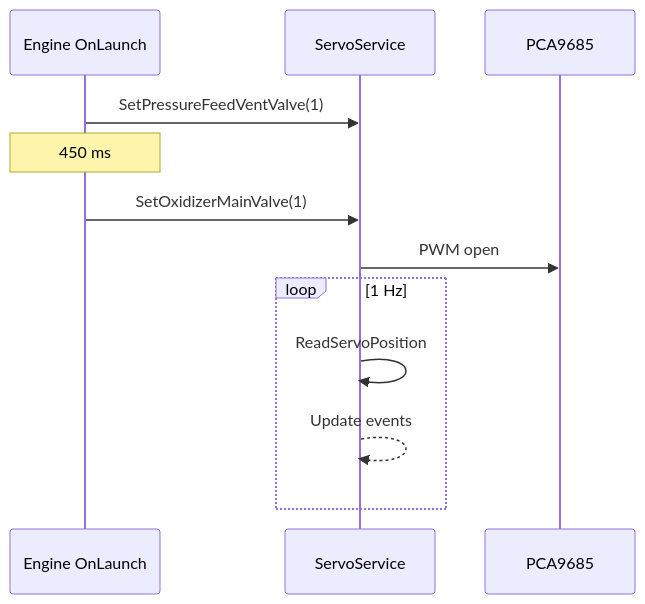
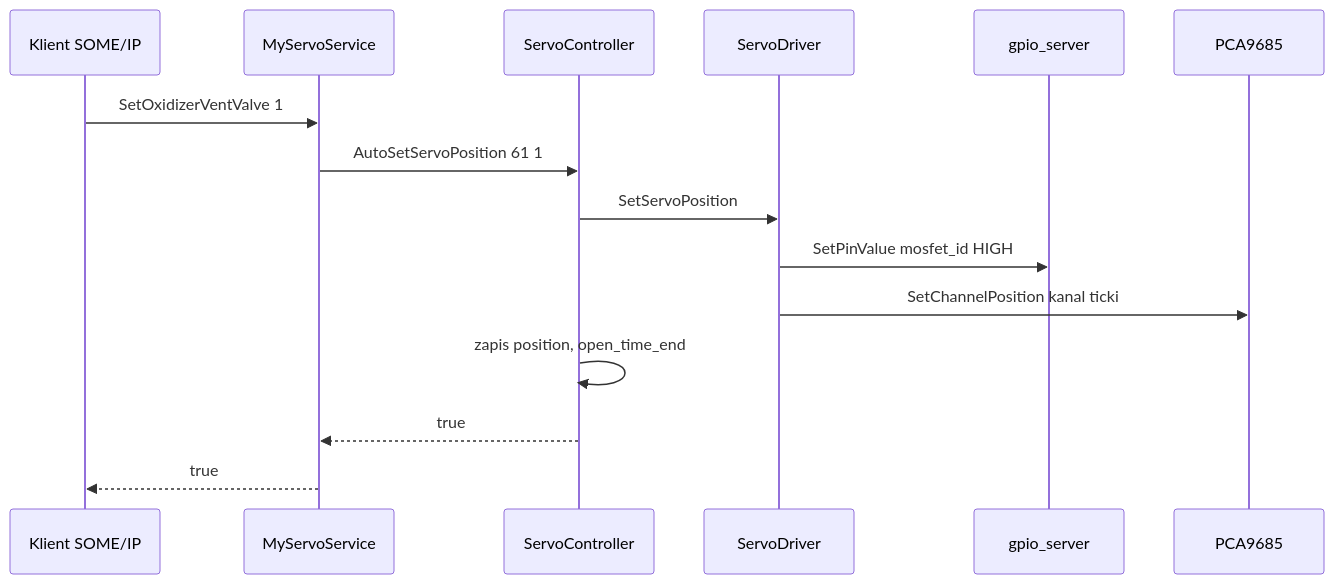
One commit to Simba-Avionic/srp changed the second of 3 diagrams in apps/ec/ServoService/README.md. Above: the diagram before and after it, drawn with Mermaid. The commit also changed other lines of this file, not shown here.

Commit message:
docs(ServoService): extend README

````diff
--- a/apps/ec/ServoService/README.md
+++ b/apps/ec/ServoService/README.md
@@ -42,14 +66,17 @@
 ```mermaid
 sequenceDiagram
-  participant E as Engine OnLaunch
-  participant S as ServoService
-  participant PCA as PCA9685
-  E->>S: SetPressureFeedVentValve(1)
-  Note over E: 450 ms
-  E->>S: SetOxidizerMainValve(1)
-  S->>PCA: PWM open
-  loop 1 Hz
-    S->>S: ReadServoPosition
-    S-->>S: Update events
-  end
+  participant C as Klient SOME/IP
+  participant S as MyServoService
+  participant K as ServoController
+  participant D as ServoDriver
+  participant G as gpio_server
+  participant P as PCA9685
+  C->>S: SetOxidizerVentValve 1
+  S->>K: AutoSetServoPosition 61 1
+  K->>D: SetServoPosition
+  D->>G: SetPinValue mosfet_id HIGH
+  D->>P: SetChannelPosition kanal ticki
+  K->>K: zapis position, open_time_end
+  K-->>S: true
+  S-->>C: true
 ```
````
